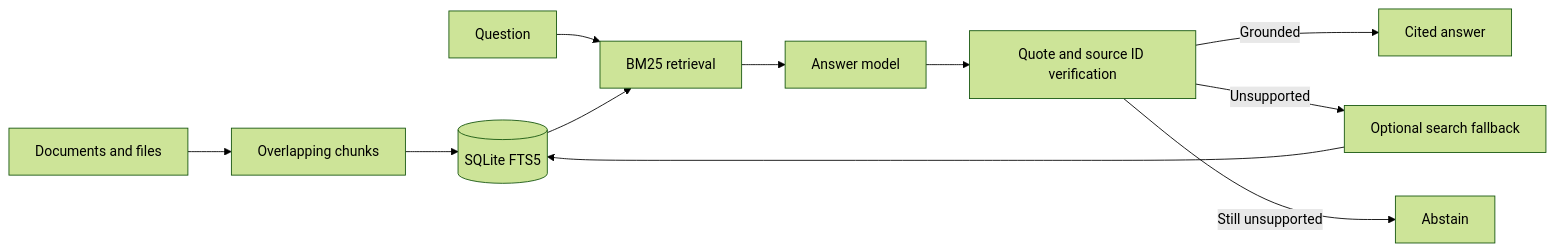
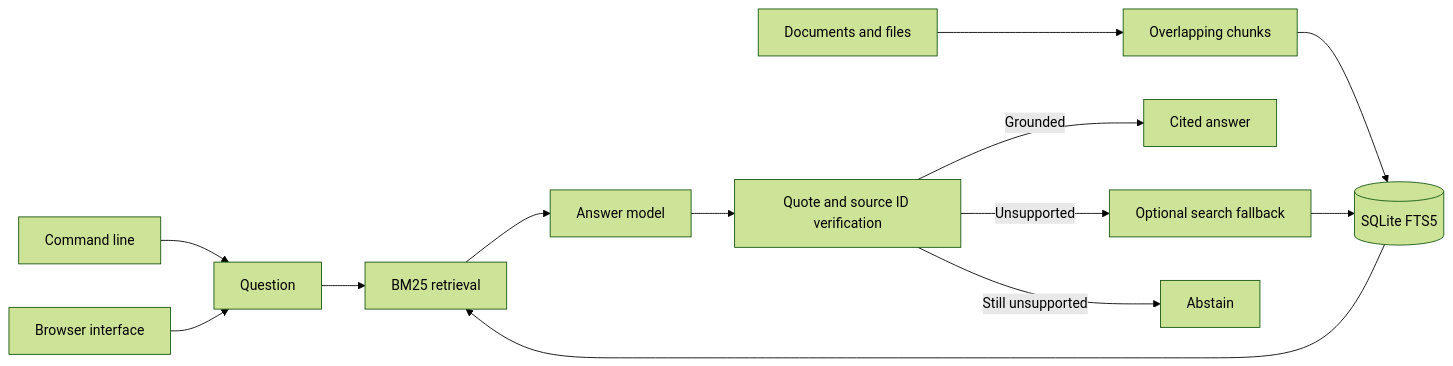
The diagram in README.md (kh-bikash/citation-grounded-rag), drawn with Mermaid (forest theme) before and after one commit. The commit also changed other lines of this file and 12 other files, not shown here.

Commit message:
Ship runnable CLI and browser product

````diff
--- a/README.md
+++ b/README.md
@@ -41,13 +54,15 @@
 ```mermaid
 flowchart LR
+    CLI[Command line] --> Question
+    Browser[Browser interface] --> Question
     Documents[Documents and files] --> Chunk[Overlapping chunks]
     Chunk --> Index[(SQLite FTS5)]
     Question[Question] --> Retrieve[BM25 retrieval]
     Index --> Retrieve
     Retrieve --> LLM[Answer model]
     LLM --> Verify[Quote and source ID verification]
     Verify -->|Grounded| Answer[Cited answer]
     Verify -->|Unsupported| Fallback[Optional search fallback]
     Fallback --> Index
     Verify -->|Still unsupported| Abstain[Abstain]
 ```
````
